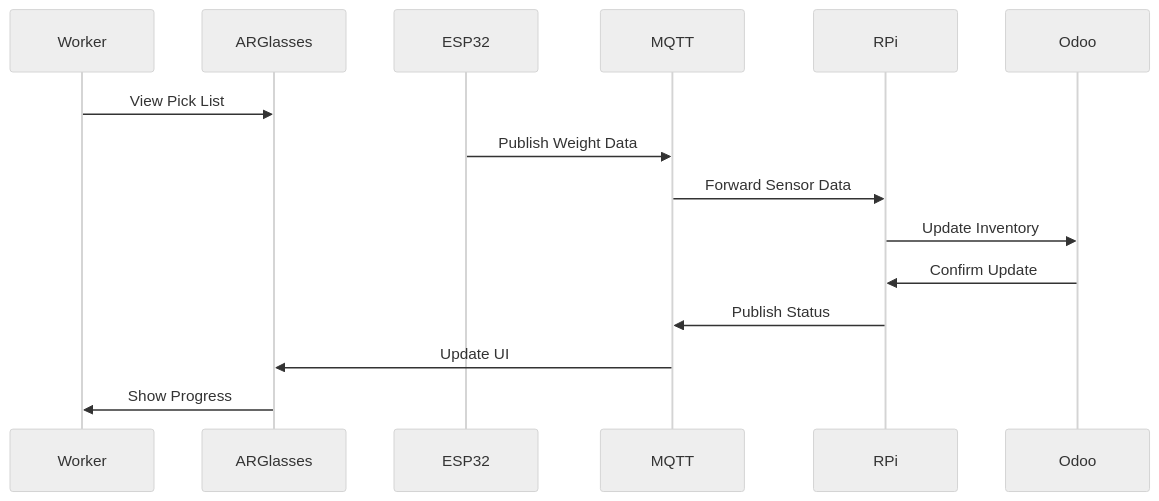
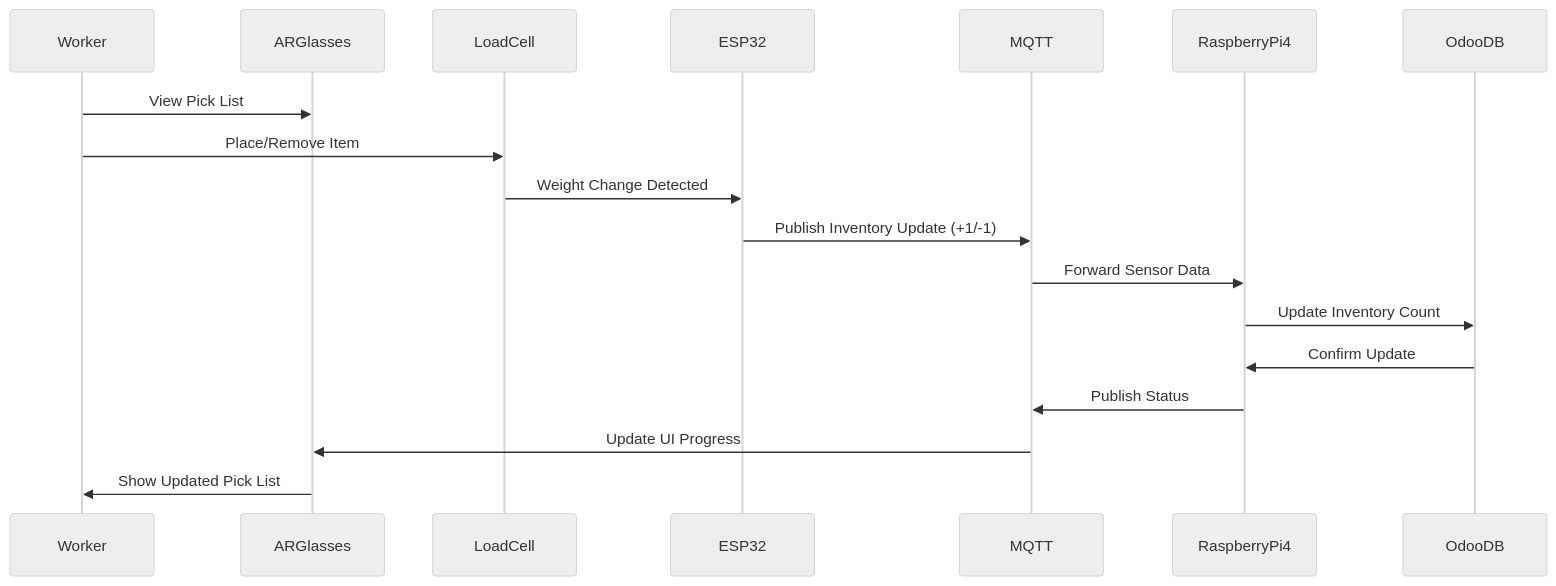
Before and after one commit to JonasLeetTheWay/SmartTrolley__KIT-IoT4.0-Project: the second of 3 diagrams in README_portfolio.md, drawn with Mermaid (neutral theme). The commit also changed other lines of this file, not shown here.

````diff
--- a/README_portfolio.md
+++ b/README_portfolio.md
@@ -79,18 +81,21 @@
 ```mermaid
 sequenceDiagram
     participant Worker
     participant ARGlasses
+    participant LoadCell
     participant ESP32
     participant MQTT
-    participant RPi
-    participant Odoo
+    participant RaspberryPi4
+    participant OdooDB
 
     Worker->>ARGlasses: View Pick List
-    ESP32->>MQTT: Publish Weight Data
-    MQTT->>RPi: Forward Sensor Data
-    RPi->>Odoo: Update Inventory
-    Odoo->>RPi: Confirm Update
-    RPi->>MQTT: Publish Status
-    MQTT->>ARGlasses: Update UI
-    ARGlasses->>Worker: Show Progress
+    Worker->>LoadCell: Place/Remove Item
+    LoadCell->>ESP32: Weight Change Detected
+    ESP32->>MQTT: Publish Inventory Update (+1/-1)
+    MQTT->>RaspberryPi4: Forward Sensor Data
+    RaspberryPi4->>OdooDB: Update Inventory Count
+    OdooDB->>RaspberryPi4: Confirm Update
+    RaspberryPi4->>MQTT: Publish Status
+    MQTT->>ARGlasses: Update UI Progress
+    ARGlasses->>Worker: Show Updated Pick List
 ```
````
